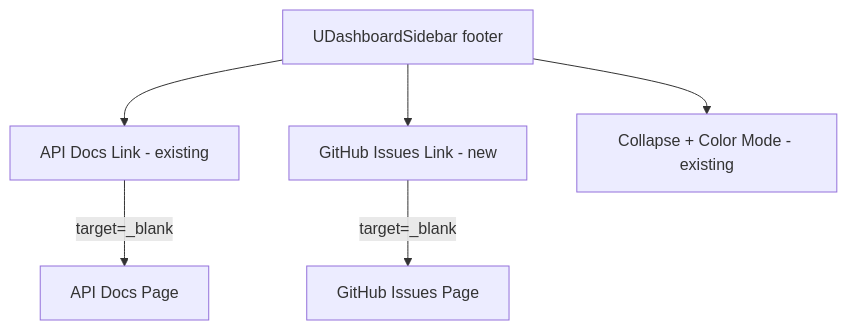
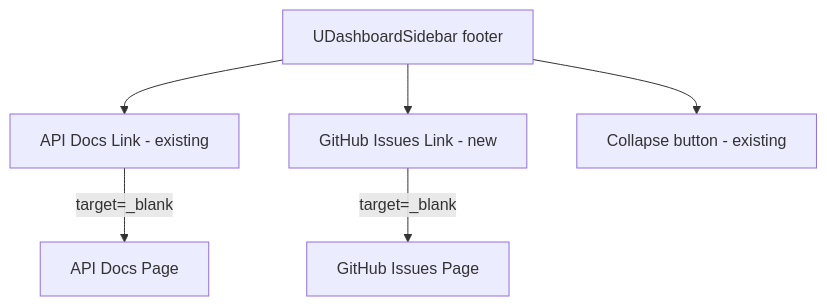
One commit to XanderLuciano/shop-planr changed the first of 2 diagrams in .kiro/specs/github-issues-nav-link/design.md. Above: the diagram before and after it, drawn with Mermaid. The commit also changed other lines of this file and 2 other files, not shown here.

````diff
--- a/.kiro/specs/github-issues-nav-link/design.md
+++ b/.kiro/specs/github-issues-nav-link/design.md
@@ -11,8 +11,8 @@
 ```mermaid
 graph TD
     A[UDashboardSidebar footer] --> B[API Docs Link - existing]
     A --> C[GitHub Issues Link - new]
-    A --> D[Collapse + Color Mode - existing]
+    A --> D[Collapse button - existing]
     C -->|target=_blank| E[GitHub Issues Page]
     B -->|target=_blank| F[API Docs Page]
 ```
````
